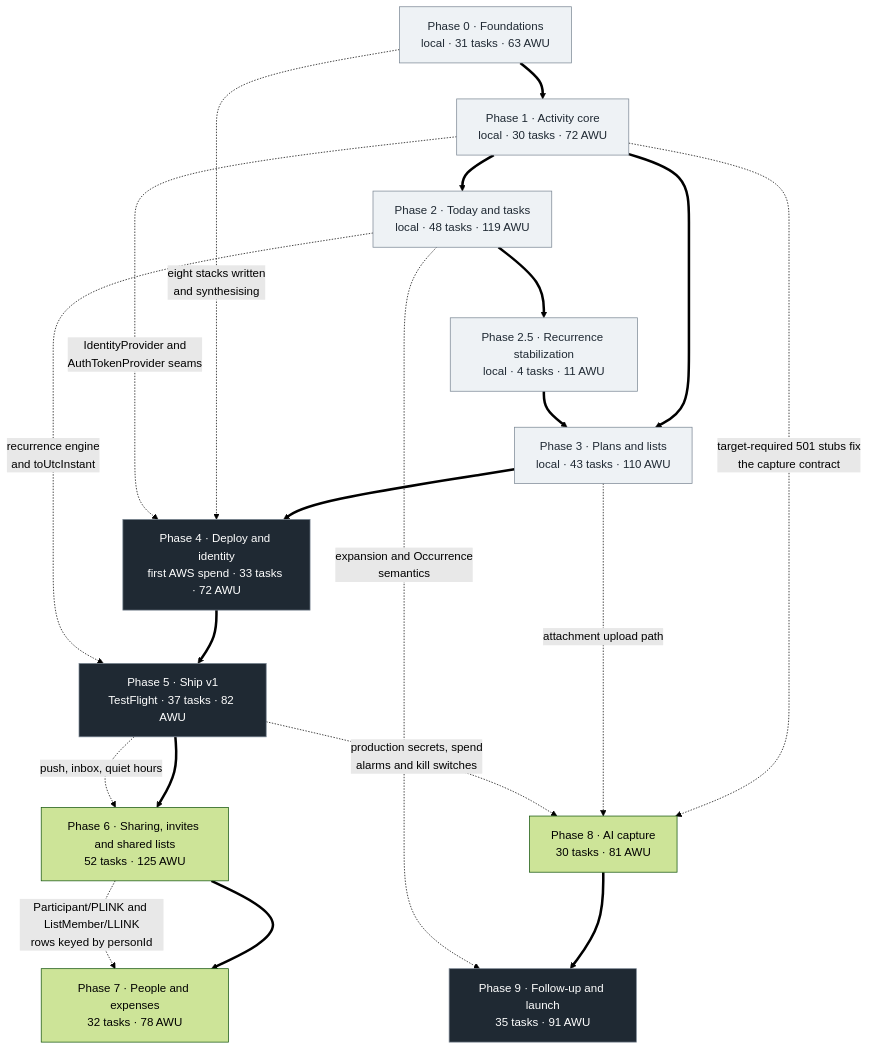
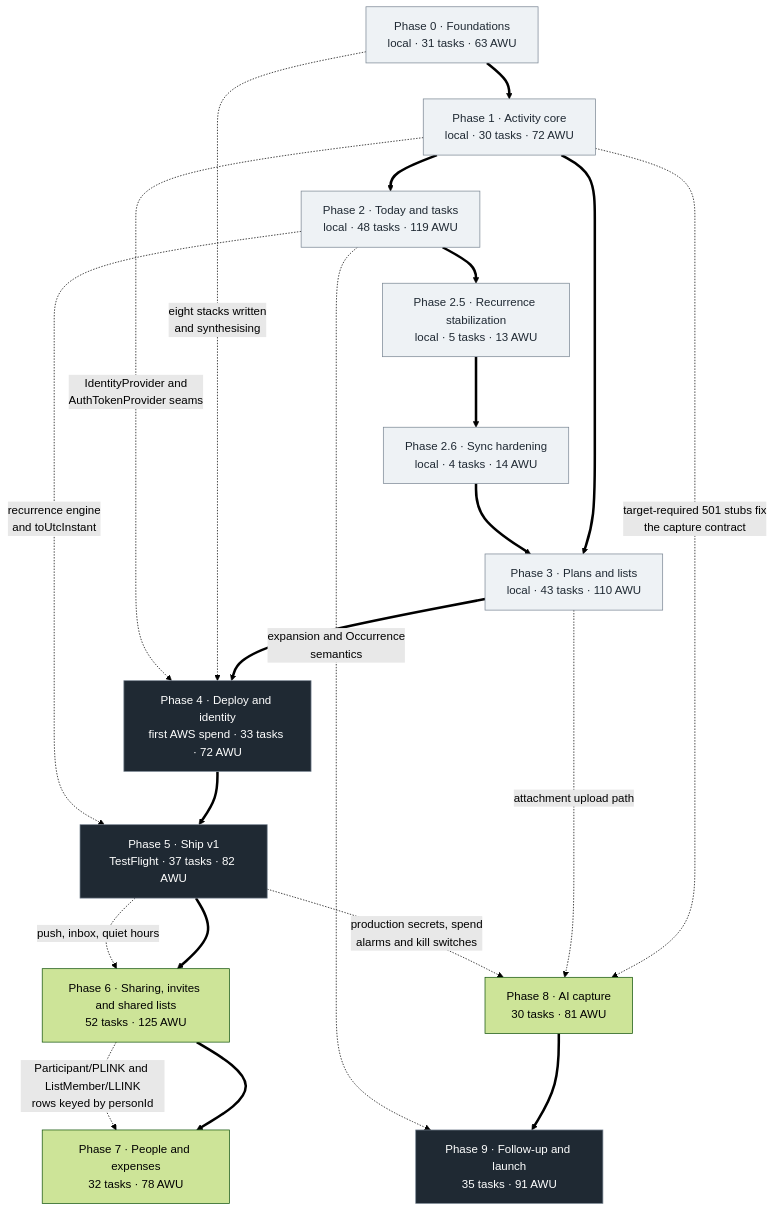
One commit to malikujjwal/ordinarydays changed the diagram in docs/03-implementation/roadmap.md. Above: the diagram before and after it, drawn with Mermaid (forest theme). The commit also changed other lines of this file and 13 other files, not shown here.

````diff
--- a/docs/03-implementation/roadmap.md
+++ b/docs/03-implementation/roadmap.md
@@ -255,40 +271,42 @@
 ```mermaid
 graph TD
     P0["Phase 0 · Foundations<br/>local · 31 tasks · 63 AWU"]
     P1["Phase 1 · Activity core<br/>local · 30 tasks · 72 AWU"]
     P2["Phase 2 · Today and tasks<br/>local · 48 tasks · 119 AWU"]
-    P25["Phase 2.5 · Recurrence stabilization<br/>local · 4 tasks · 11 AWU"]
+    P25["Phase 2.5 · Recurrence stabilization<br/>local · 5 tasks · 13 AWU"]
+    P26["Phase 2.6 · Sync hardening<br/>local · 4 tasks · 14 AWU"]
     P3["Phase 3 · Plans and lists<br/>local · 43 tasks · 110 AWU"]
     P4["Phase 4 · Deploy and identity<br/>first AWS spend · 33 tasks · 72 AWU"]
     P5["Phase 5 · Ship v1<br/>TestFlight · 37 tasks · 82 AWU"]
     P6["Phase 6 · Sharing, invites and shared lists<br/>52 tasks · 125 AWU"]
     P7["Phase 7 · People and expenses<br/>32 tasks · 78 AWU"]
     P8["Phase 8 · AI capture<br/>30 tasks · 81 AWU"]
     P9["Phase 9 · Follow-up and launch<br/>35 tasks · 91 AWU"]
 
     P0 ==> P1
     P1 ==> P2
     P1 ==> P3
     P2 ==> P25
-    P25 ==> P3
+    P25 ==> P26
+    P26 ==> P3
     P3 ==> P4
     P4 ==> P5
     P5 ==> P6
     P6 ==> P7
     P8 ==> P9
 
     P0 -. "eight stacks written<br/>and synthesising" .-> P4
     P1 -. "IdentityProvider and<br/>AuthTokenProvider seams" .-> P4
     P1 -. "target-required 501 stubs fix<br/>the capture contract" .-> P8
     P2 -. "recurrence engine<br/>and toUtcInstant" .-> P5
     P2 -. "expansion and Occurrence<br/>semantics" .-> P9
     P3 -. "attachment upload path" .-> P8
     P5 -. "production secrets, spend<br/>alarms and kill switches" .-> P8
     P5 -. "push, inbox, quiet hours" .-> P6
     P6 -. "Participant/PLINK and ListMember/LLINK<br/>rows keyed by personId" .-> P7
 
     classDef local fill:#eef2f5,stroke:#7b8794,color:#1f2933
     classDef ship fill:#1f2933,stroke:#7b8794,color:#ffffff
-    class P0,P1,P2,P25,P3 local
+    class P0,P1,P2,P25,P26,P3 local
     class P4,P5,P9 ship
 ```
````
